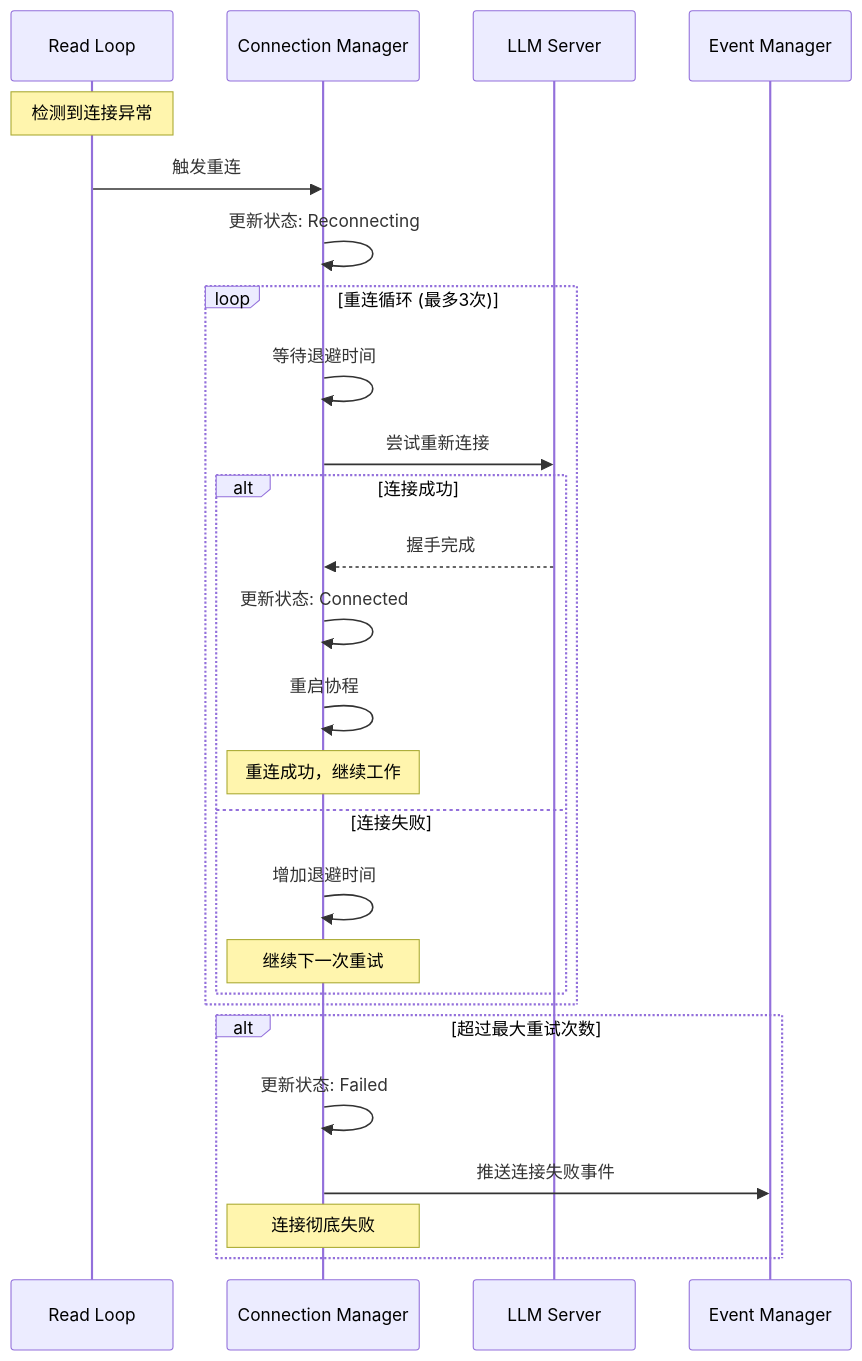
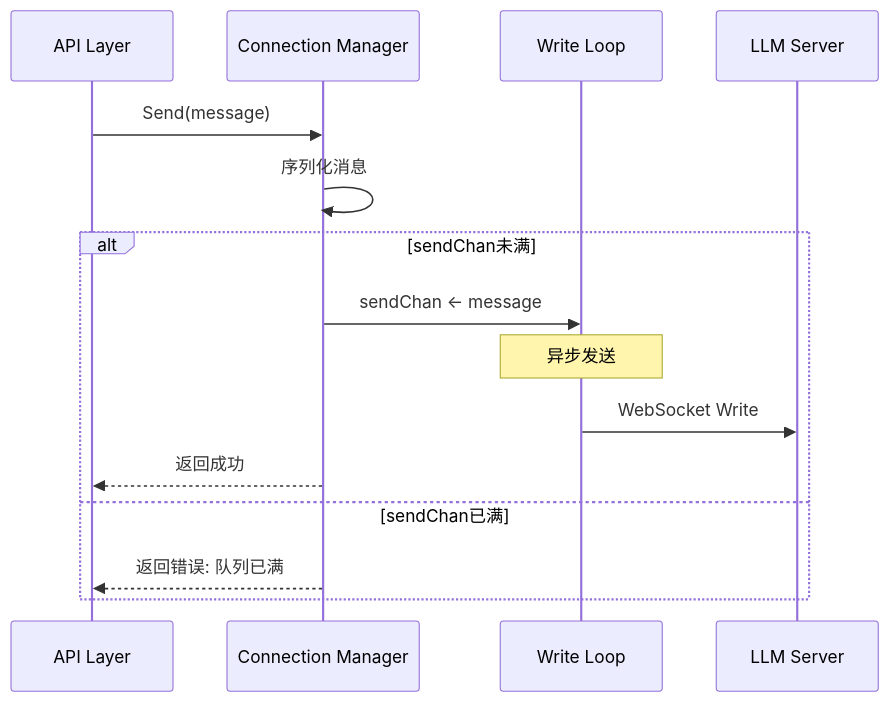
One commit to yingjianzh/iodraw-files changed the diagram in all/未命名-10.md. Above: the diagram before and after it, drawn with Mermaid. The commit also changed other lines of this file, not shown here.

````diff
--- a/all/未命名-10.md
+++ b/all/未命名-10.md
@@ -1,32 +1,19 @@
 ```mermaid
 sequenceDiagram
-    participant ReadLoop as Read Loop
+    participant API as API Layer
     participant ConnMgr as Connection Manager
+    participant WriteLoop as Write Loop
     participant LLM as LLM Server
-    participant EM as Event Manager
     
-    Note over ReadLoop: 检测到连接异常
-    ReadLoop->>ConnMgr: 触发重连
-    ConnMgr->>ConnMgr: 更新状态: Reconnecting
+    API->>ConnMgr: Send(message)
+    ConnMgr->>ConnMgr: 序列化消息
     
-    loop 重连循环 (最多3次)
-        ConnMgr->>ConnMgr: 等待退避时间
-        ConnMgr->>LLM: 尝试重新连接
-        
-        alt 连接成功
-            LLM-->>ConnMgr: 握手完成
-            ConnMgr->>ConnMgr: 更新状态: Connected
-            ConnMgr->>ConnMgr: 重启协程
-            Note over ConnMgr: 重连成功，继续工作
-        else 连接失败
-            ConnMgr->>ConnMgr: 增加退避时间
-            Note over ConnMgr: 继续下一次重试
-        end
-    end
-    
-    alt 超过最大重试次数
-        ConnMgr->>ConnMgr: 更新状态: Failed
-        ConnMgr->>EM: 推送连接失败事件
-        Note over ConnMgr: 连接彻底失败
+    alt sendChan未满
+        ConnMgr->>WriteLoop: sendChan <- message
+        Note over WriteLoop: 异步发送
+        WriteLoop->>LLM: WebSocket Write
+        ConnMgr-->>API: 返回成功
+    else sendChan已满
+        ConnMgr-->>API: 返回错误: 队列已满
     end
 ```
````
